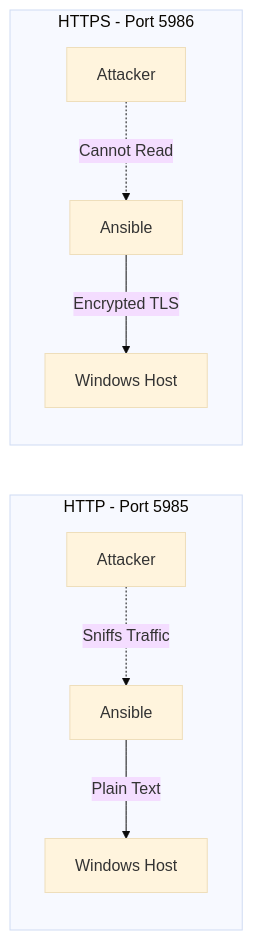
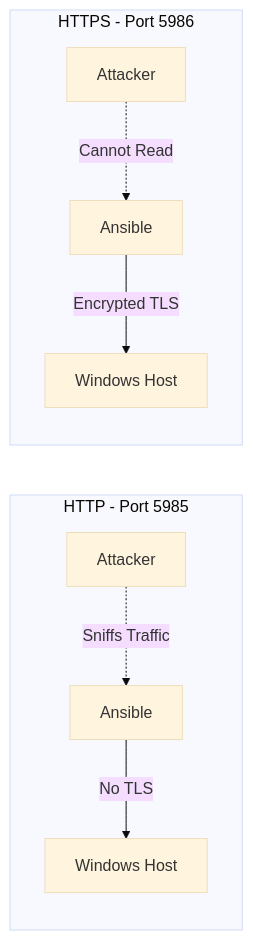
Before and after one commit to OneUptime/blog: the diagram in posts/2026-02-21-how-to-use-ansible-to-manage-windows-hosts-with-https-winrm/README.md, drawn with Mermaid (base theme). The commit also changed other lines of this file and 2 other files, not shown here.

Commit message:
validate: 2026-02-21-how-to-use-ansible-to-manage-windows-hosts-with-https-winrm

````diff
--- a/posts/2026-02-21-how-to-use-ansible-to-manage-windows-hosts-with-https-winrm/README.md
+++ b/posts/2026-02-21-how-to-use-ansible-to-manage-windows-hosts-with-https-winrm/README.md
@@ -17,11 +17,11 @@
 ```mermaid
 graph LR
     subgraph "HTTP - Port 5985"
-        A1[Ansible] -- Plain Text --> B1[Windows Host]
+        A1[Ansible] -- No TLS --> B1[Windows Host]
         C1[Attacker] -. Sniffs Traffic .-> A1
     end
     subgraph "HTTPS - Port 5986"
         A2[Ansible] -- Encrypted TLS --> B2[Windows Host]
         C2[Attacker] -. Cannot Read .-> A2
     end
 ```
````
